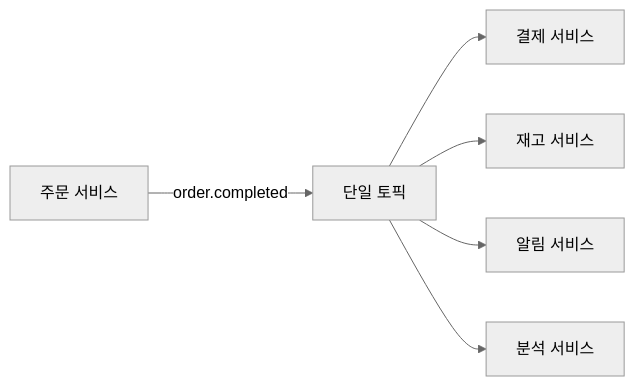
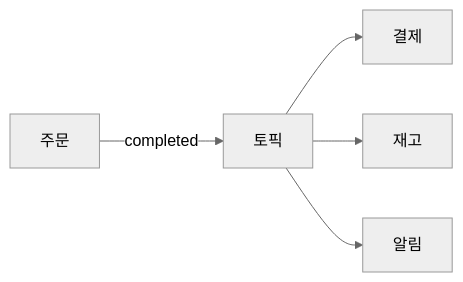
Before and after one commit to yjkim2015/yjkim2015.github.io: the third of 12 diagrams in _posts/kafka/2026-05-03-kafka-practical-patterns.md, drawn with Mermaid (neutral theme). The commit also changed other lines of this file and 2 other files, not shown here.

First line of the commit message:
Mermaid CSS 원복(제한 없음) + Kafka 다이어그램 내용 축소

````diff
--- a/_posts/kafka/2026-05-03-kafka-practical-patterns.md
+++ b/_posts/kafka/2026-05-03-kafka-practical-patterns.md
@@ -88,8 +85,5 @@
 ```mermaid
 graph LR
-    Order["주문 서비스"] -->|"order.completed"| T["단일 토픽"]
-    T --> Pay["결제 서비스"]
-    T --> Inv["재고 서비스"]
-    T --> Noti["알림 서비스"]
-    T --> Anal["분석 서비스"]
+    S["주문"] -->|completed| T["토픽"]
+    T --> A["결제"] & B["재고"] & C["알림"]
 ```
````
